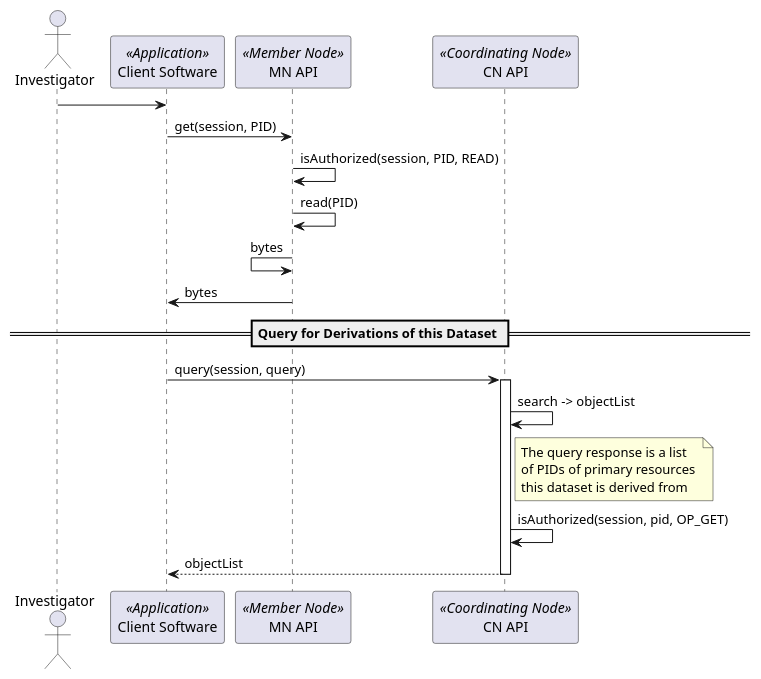
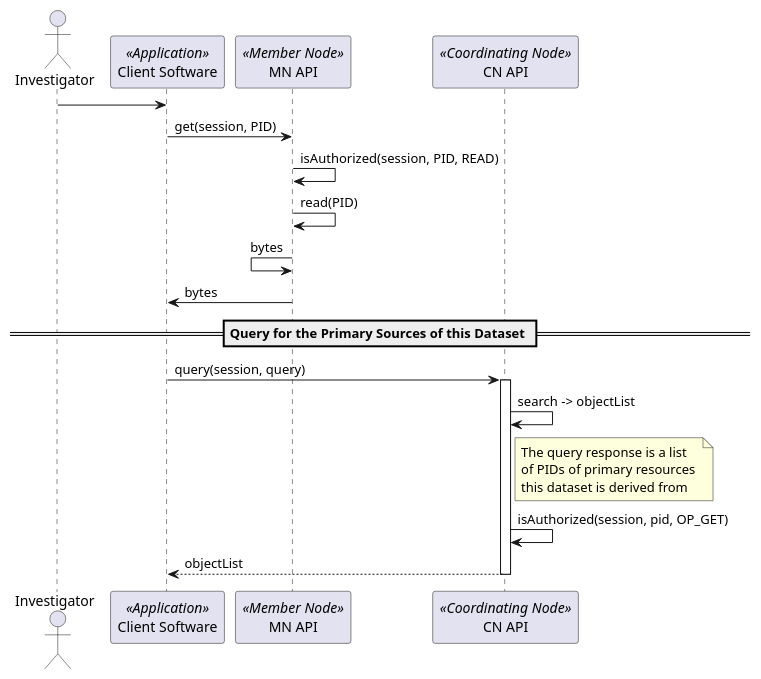
Before and after one commit to DataONEorg/sem-prov-design: the second of 2 diagrams in docs/use-cases/use-case-42.md, drawn with PlantUML. The commit also changed 1 other file, not shown here.

Commit message:
Updated use case 42 sequence diagram

```diff
--- a/docs/use-cases/use-case-42.md
+++ b/docs/use-cases/use-case-42.md
@@ -32,28 +32,28 @@
 @startuml images/42_seq.png
 	Actor Investigator
    participant "Client Software" as app_client << Application >>
    participant "MN API" as mn_api << Member Node >>
    participant "CN API" as cn_api << Coordinating Node >>
    
    Investigator -> app_client
    
    app_client -> mn_api: get(session, PID)
    mn_api -> mn_api: isAuthorized(session, PID, READ)
      mn_api -> mn_api: read(PID)
      mn_api <- mn_api: bytes
      app_client <- mn_api: bytes
      
-     == Query for Derivations of this Dataset == 
+     == Query for the Primary Sources of this Dataset == 
        
      app_client -> cn_api: query(session, query)
      activate cn_api
 	   cn_api -> cn_api: search -> objectList
 	   note right of cn_api
 	     The query response is a list 
 	     of PIDs of primary resources 
 	     this dataset is derived from
 	   end note
 	   cn_api -> cn_api: isAuthorized(session, pid, OP_GET)
 	   app_client <-- cn_api: objectList
 	 deactivate cn_api
    @enduml
```
